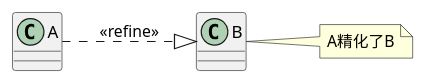
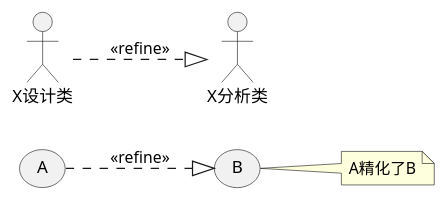
One commit to lyremelody/spiritual-practice changed the seventh of 10 diagrams in software-engineering/uml/README.md. Above: the diagram before and after it, drawn with PlantUML. The commit also changed other lines of this file, not shown here.

Commit message:
完善《UML》，新增实现关系、精化关系、泛化关系、聚合关系、组合关系的解释

````diff
--- a/software-engineering/uml/README.md
+++ b/software-engineering/uml/README.md
@@ -160,9 +162,11 @@
 ```plantuml
 @startuml
-class A
-class B
+usecase A
+usecase B
 left to right direction
 A -[dashed]-|> B: <<refine>>
 note right: A精化了B
+
+X设计类 -[dashed]-|> X分析类: <<refine>>
 @enduml
 ```
````
